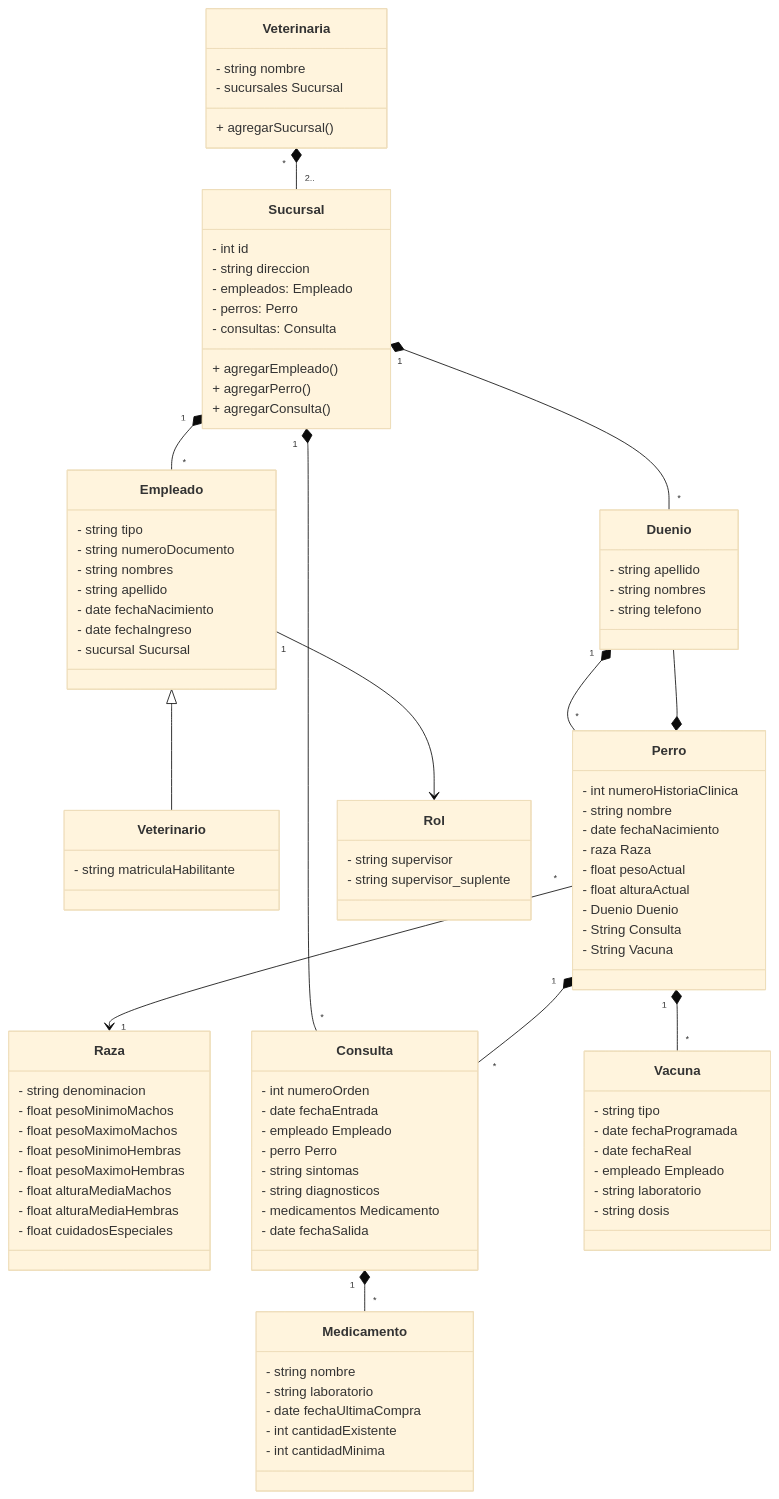
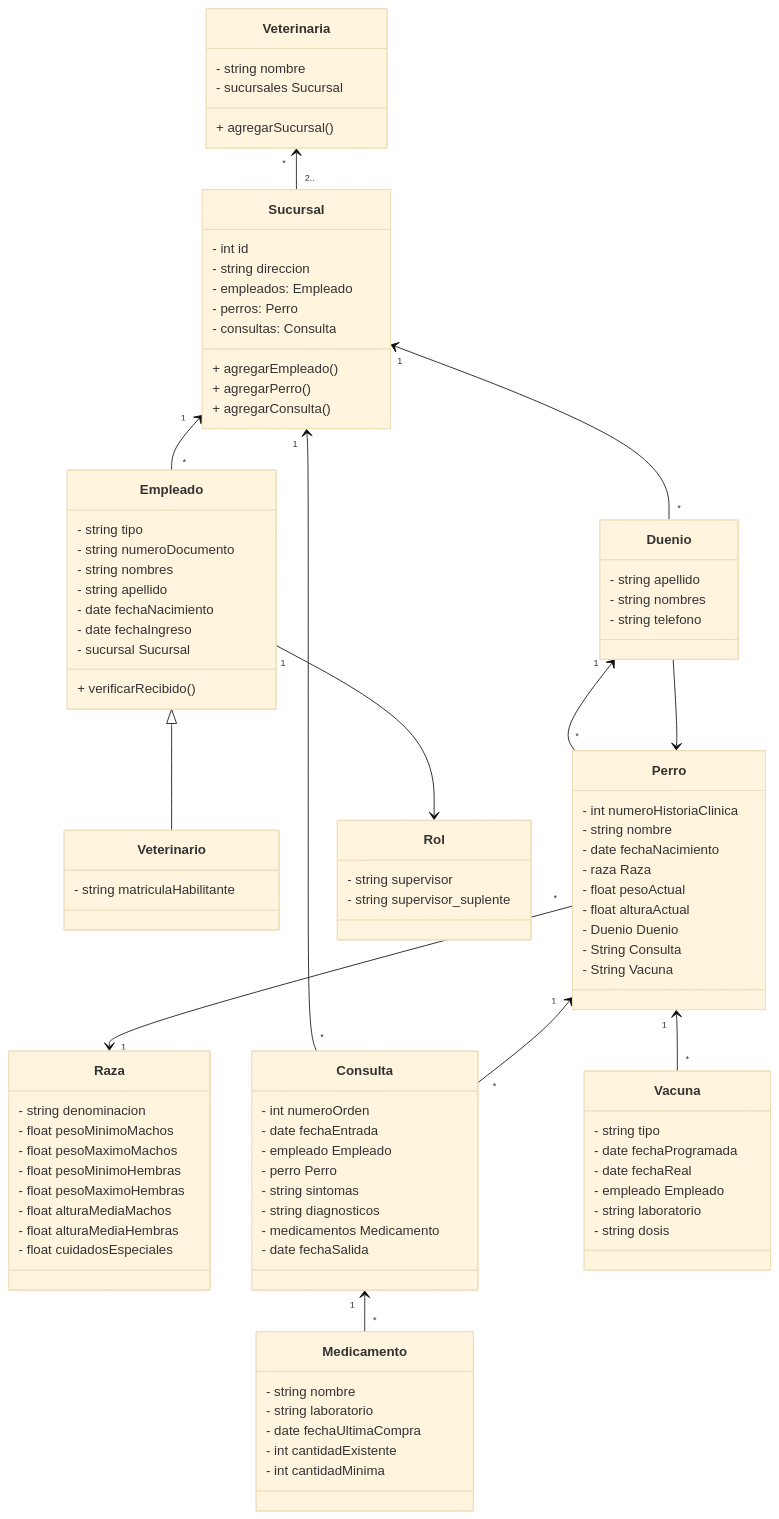
Before and after one commit to joacohlavach/ElSabuesoFeliz: the diagram in Docs/mmd_archivos/classDiagram.mmd, drawn with Mermaid (base theme).

Commit message:
diagrama clase v3

```diff
--- a/Docs/mmd_archivos/classDiagram.mmd
+++ b/Docs/mmd_archivos/classDiagram.mmd
@@ -1,99 +1,102 @@
 classDiagram
 class Veterinaria {
   - string nombre
   - sucursales Sucursal
   + agregarSucursal()
 }
 class Sucursal {
   - int id
   - string direccion
   - empleados: Empleado
   - perros: Perro
   - consultas: Consulta
   + agregarEmpleado()
   + agregarPerro()
   + agregarConsulta()
 }
 class Empleado {
   - string tipo
   - string numeroDocumento
   - string nombres
   - string apellido
   - date fechaNacimiento
   - date fechaIngreso 
   - sucursal Sucursal
+
+  + verificarRecibido()
+  
 }
 class Veterinario {
   - string matriculaHabilitante
 }
 class Perro {
   - int numeroHistoriaClinica
   - string nombre
   - date fechaNacimiento
   - raza Raza
   - float pesoActual
   - float alturaActual
   - Duenio Duenio
   - String Consulta
   - String Vacuna
 }
 class Raza {
   - string denominacion
   - float pesoMinimoMachos
   - float pesoMaximoMachos
   - float pesoMinimoHembras
   - float pesoMaximoHembras 
   - float alturaMediaMachos
   - float alturaMediaHembras
   - float cuidadosEspeciales
 }
 class Consulta {
   - int numeroOrden
   - date fechaEntrada
   - empleado Empleado
   - perro Perro
   - string sintomas
   - string diagnosticos
   - medicamentos Medicamento
   - date fechaSalida
 }
 class Vacuna {
   - string tipo
   - date fechaProgramada
   - date fechaReal
   - empleado Empleado
   - string laboratorio
   - string dosis
 }
 class Medicamento {
   - string nombre
   - string laboratorio
   - date fechaUltimaCompra
   - int cantidadExistente
   - int cantidadMinima
 }
 
 class Duenio {
   - string apellido
   - string nombres
   - string telefono
 }
 class Rol{
   - string supervisor
   - string supervisor_suplente
 
 }
 
 
-Veterinaria "*" *-- "2.." Sucursal
-Sucursal "1" *-- "*" Empleado
-Sucursal "1" *-- "*" Duenio
-Sucursal "1" *-- "*" Consulta
+Veterinaria "*" <-- "2.." Sucursal
+Sucursal "1" <-- "*" Empleado
+Sucursal "1" <-- "*" Duenio
+Sucursal "1" <-- "*" Consulta
 Empleado <|-- Veterinario
-Perro "1" *-- "*" Consulta
-Perro "1" *-- "*" Vacuna
-Perro *-- Duenio
-Consulta "1" *-- "*" Medicamento
+Perro "1" <-- "*" Consulta
+Perro "1" <-- "*" Vacuna
+Perro <-- Duenio
+Consulta "1" <-- "*" Medicamento
 Perro "*" --> "1" Raza
-Duenio "1" *-- "*" Perro
+Duenio "1" <-- "*" Perro
 Empleado "1" --> Rol
```
